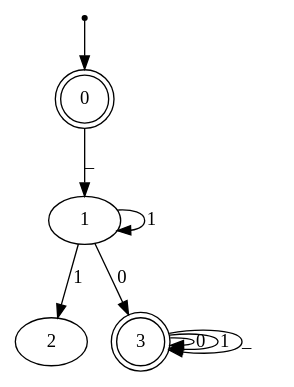
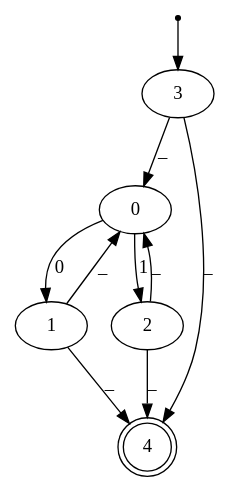
Before and after one commit to ValenButtignol/project-automata: the diagram in output.dot, drawn with Graphviz. The commit also changed 10 other files, not shown here.

```diff
--- a/output.dot
+++ b/output.dot
@@ -1,13 +1,13 @@
 digraph{
 inic[shape=point];
-inic->0;
-0->1[label="_"];
-1->1[label="1"];
-1->2[label="1"];
-1->3[label="0"];
-3->3[label="0"];
-3->3[label="1"];
-3->3[label="_"];
-0[shape=doublecircle];
-3[shape=doublecircle];
+inic->3;
+0->1[label="0"];
+0->2[label="1"];
+3->0[label="_"];
+3->4[label="_"];
+1->0[label="_"];
+1->4[label="_"];
+2->0[label="_"];
+2->4[label="_"];
+4[shape=doublecircle];
 }
```
